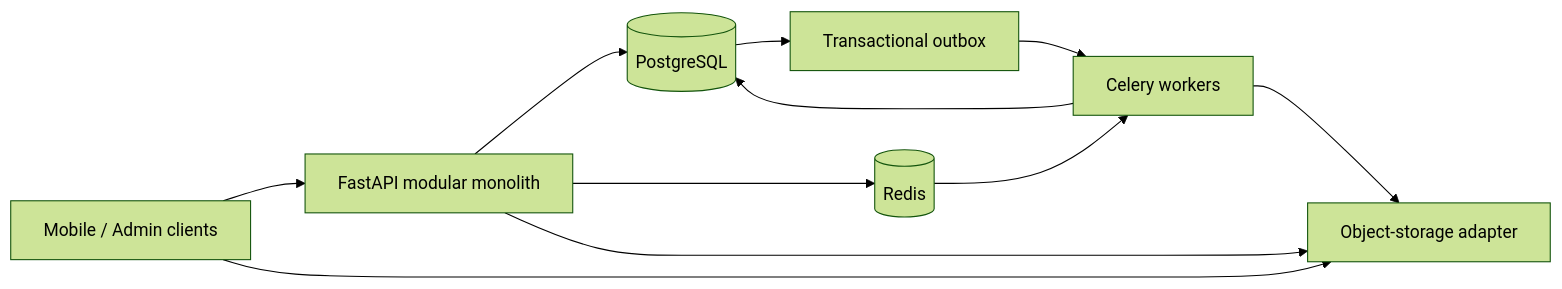
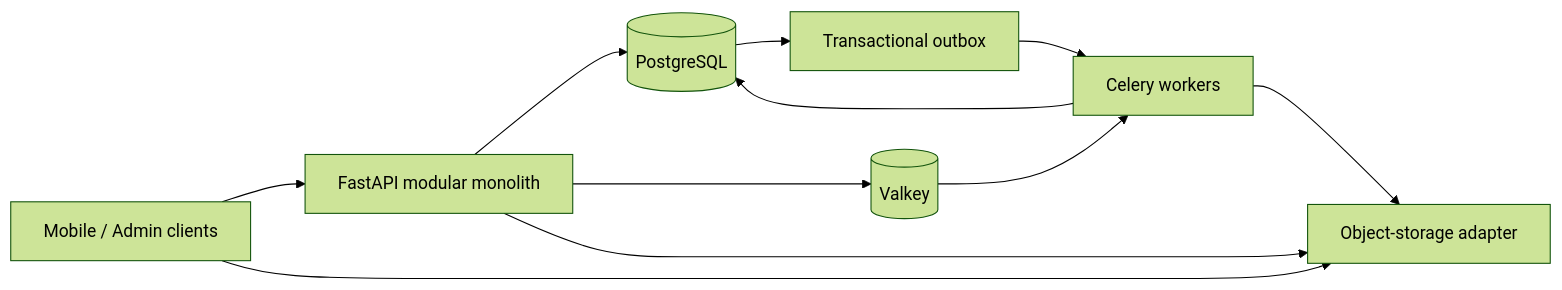
The diagram in docs/architecture/overview.md (SerkanFidanci/socialpilot-ai), drawn with Mermaid (forest theme) before and after one commit. The commit also changed other lines of this file and 14 other files, not shown here.

````diff
--- a/docs/architecture/overview.md
+++ b/docs/architecture/overview.md
@@ -9,13 +9,13 @@
 ```mermaid
 flowchart LR
     Client["Mobile / Admin clients"] --> API["FastAPI modular monolith"]
     API --> DB[("PostgreSQL")]
-    API --> Redis[("Redis")]
+    API --> Redis[("Valkey")]
     Redis --> Worker["Celery workers"]
     Worker --> DB
     API --> StoragePort["Object-storage adapter"]
     Client --> StoragePort
     Worker --> StoragePort
     DB --> Outbox["Transactional outbox"]
     Outbox --> Worker
 ```
````
